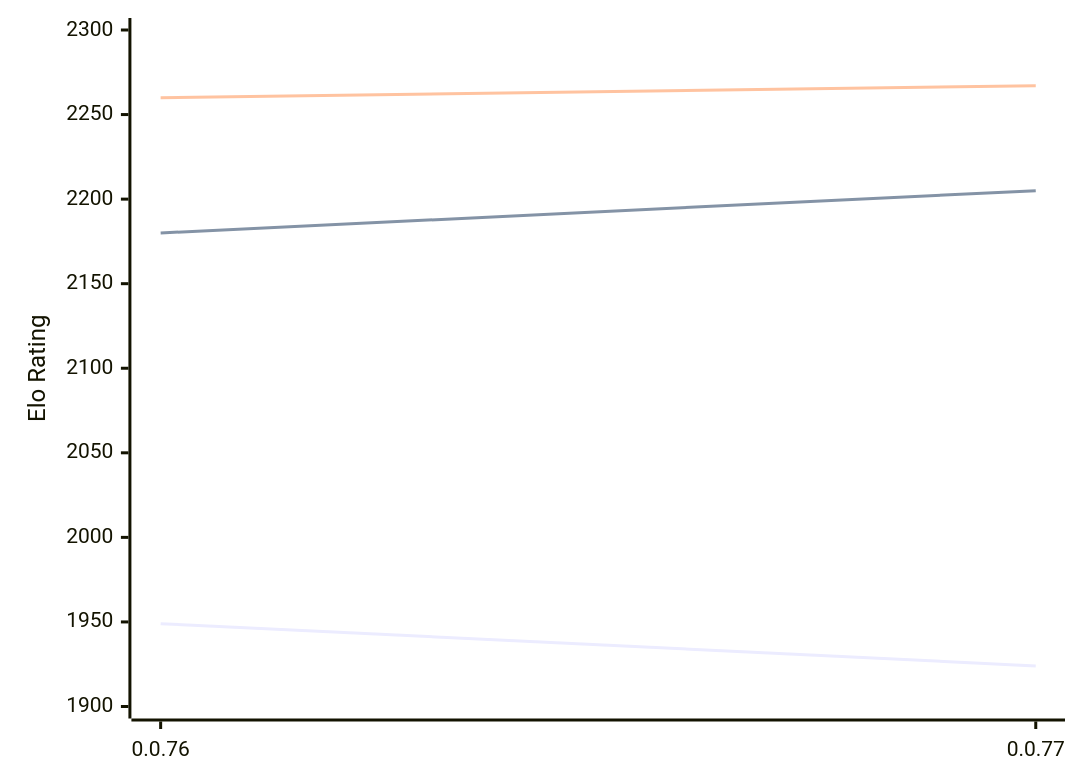
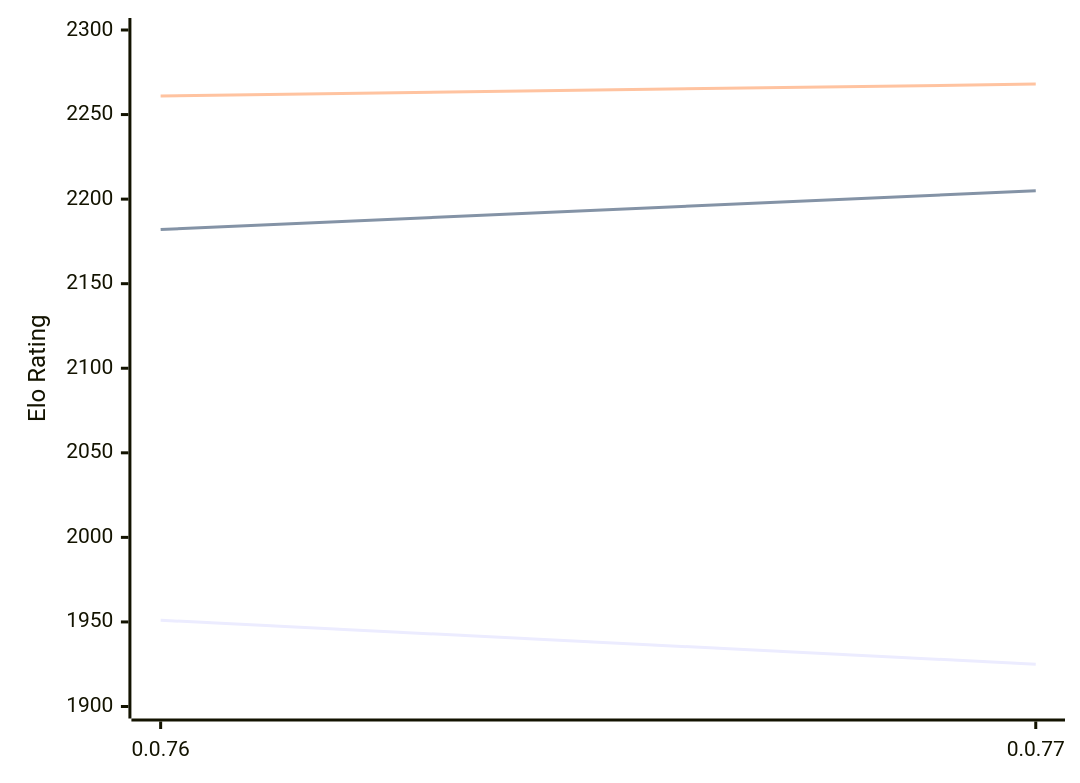
One commit to computer-chess-index/cci changed the diagram in engines/Fktb.md. Above: the diagram before and after it, drawn with Mermaid. The commit also changed other lines of this file, not shown here.

Commit message:
Update CCI Ratings (ELO VLTC) - 2026-02-13

````diff
--- a/engines/Fktb.md
+++ b/engines/Fktb.md
@@ -29,9 +29,9 @@
 ```mermaid
 %%{init: {"theme":"base","themeVariables":{"seriesColors:['#a3a3a3','#222221','#faa371']}}}%%
 xychart-beta
   x-axis ["0.0.76", "0.0.77"]
   y-axis "Elo Rating" 1900 --> 2300
-  line "STC (8.0+0.08s)" [1949, 1924]
-  line "LTC (60.0+0.60s)" [2180, 2205]
-  line "VLTC (2m24s+1.12s)" [2260, 2267]
+  line "STC (8.0+0.08s)" [1951, 1925]
+  line "LTC (60.0+0.60s)" [2182, 2205]
+  line "VLTC (2m24s+1.12s)" [2261, 2268]
 ```
````
